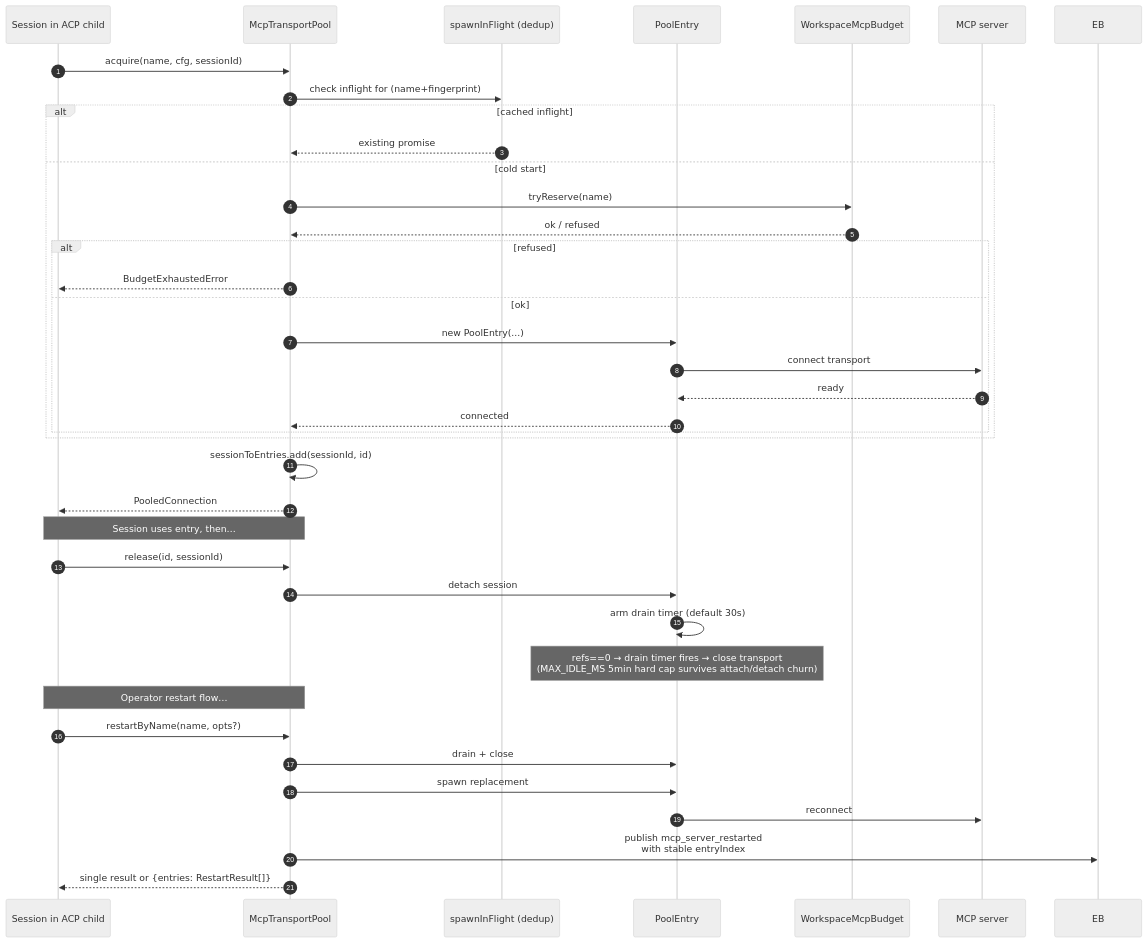
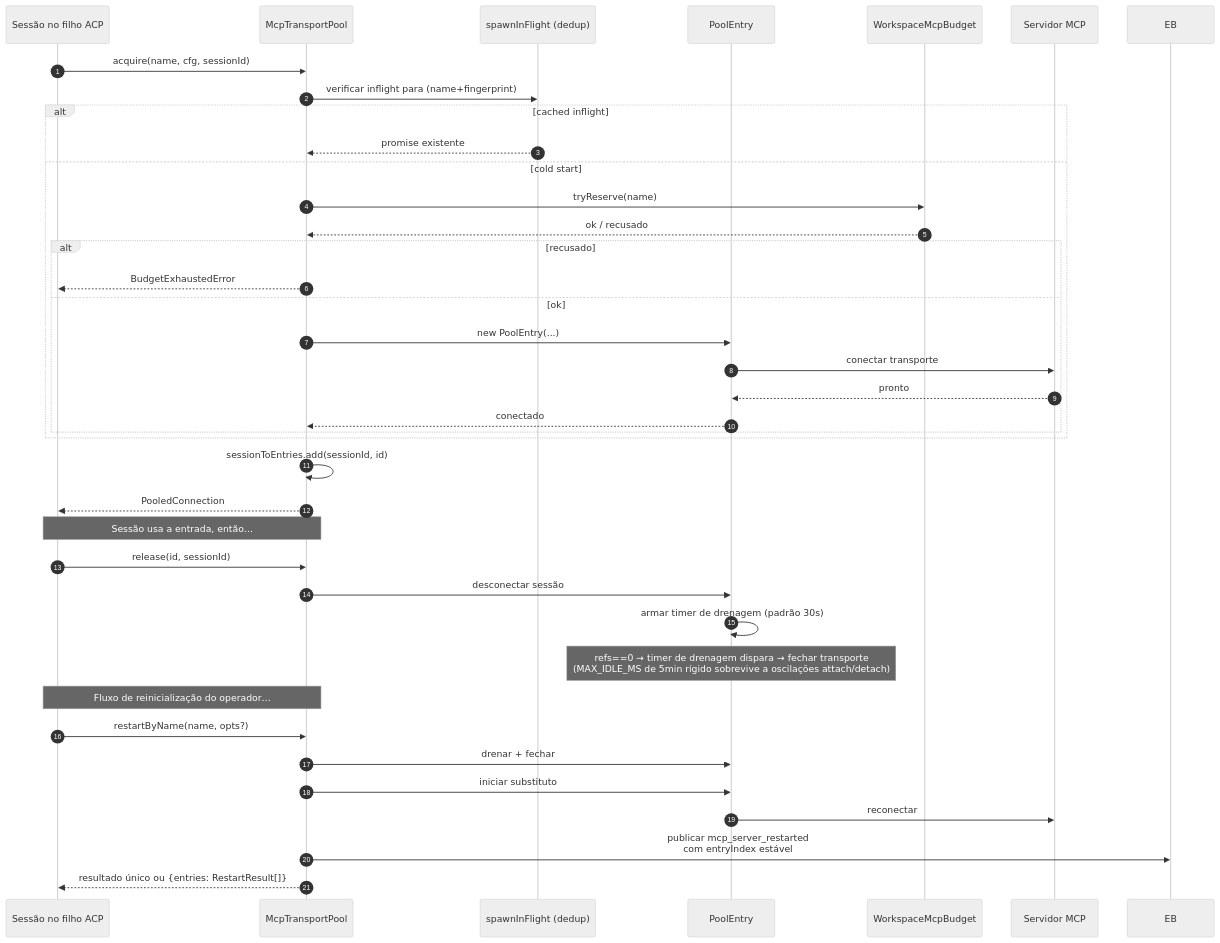
Before and after one commit to QwenLM/qwen-code-docs: the sixth of 7 diagrams in website/content/pt-BR/developers/daemon/01-architecture.md, drawn with Mermaid (neutral theme). The commit also changed other lines of this file and 1077 other files, not shown here.

````diff
--- a/website/content/pt-BR/developers/daemon/01-architecture.md
+++ b/website/content/pt-BR/developers/daemon/01-architecture.md
@@ -247,44 +248,44 @@
 ```mermaid
 sequenceDiagram
     autonumber
-    participant S as Session in ACP child
+    participant S as Sessão no filho ACP
     participant P as McpTransportPool
     participant SIF as spawnInFlight (dedup)
     participant E as PoolEntry
     participant BDG as WorkspaceMcpBudget
-    participant SRV as MCP server
+    participant SRV as Servidor MCP
 
     S->>P: acquire(name, cfg, sessionId)
-    P->>SIF: check inflight for (name+fingerprint)
+    P->>SIF: verificar inflight para (name+fingerprint)
     alt cached inflight
-        SIF-->>P: existing promise
+        SIF-->>P: promise existente
     else cold start
         P->>BDG: tryReserve(name)
-        BDG-->>P: ok / refused
-        alt refused
+        BDG-->>P: ok / recusado
+        alt recusado
             P-->>S: BudgetExhaustedError
         else ok
             P->>E: new PoolEntry(...)
-            E->>SRV: connect transport
-            SRV-->>E: ready
-            E-->>P: connected
+            E->>SRV: conectar transporte
+            SRV-->>E: pronto
+            E-->>P: conectado
         end
     end
     P->>P: sessionToEntries.add(sessionId, id)
     P-->>S: PooledConnection
 
-    Note over S,P: Session uses entry, then…
+    Note over S,P: Sessão usa a entrada, então…
 
     S->>P: release(id, sessionId)
-    P->>E: detach session
-    E->>E: arm drain timer (default 30s)
-    Note over E: refs==0 → drain timer fires → close transport<br/>(MAX_IDLE_MS 5min hard cap survives attach/detach churn)
+    P->>E: desconectar sessão
+    E->>E: armar timer de drenagem (padrão 30s)
+    Note over E: refs==0 → timer de drenagem dispara → fechar transporte<br/>(MAX_IDLE_MS de 5min rígido sobrevive a oscilações attach/detach)
 
-    Note over S,P: Operator restart flow…
+    Note over S,P: Fluxo de reinicialização do operador…
     S->>P: restartByName(name, opts?)
-    P->>E: drain + close
-    P->>E: spawn replacement
-    E->>SRV: reconnect
-    P->>EB: publish mcp_server_restarted<br/>with stable entryIndex
-    P-->>S: single result or {entries: RestartResult[]}
+    P->>E: drenar + fechar
+    P->>E: iniciar substituto
+    E->>SRV: reconectar
+    P->>EB: publicar mcp_server_restarted<br/>com entryIndex estável
+    P-->>S: resultado único ou {entries: RestartResult[]}
 ```
````
